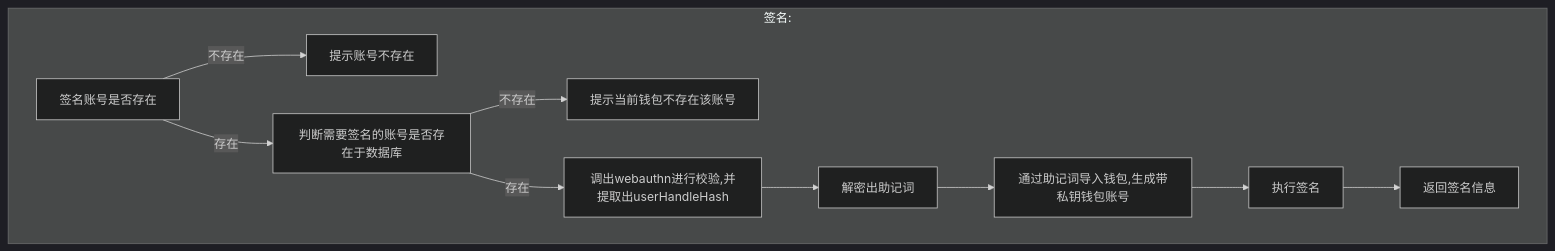
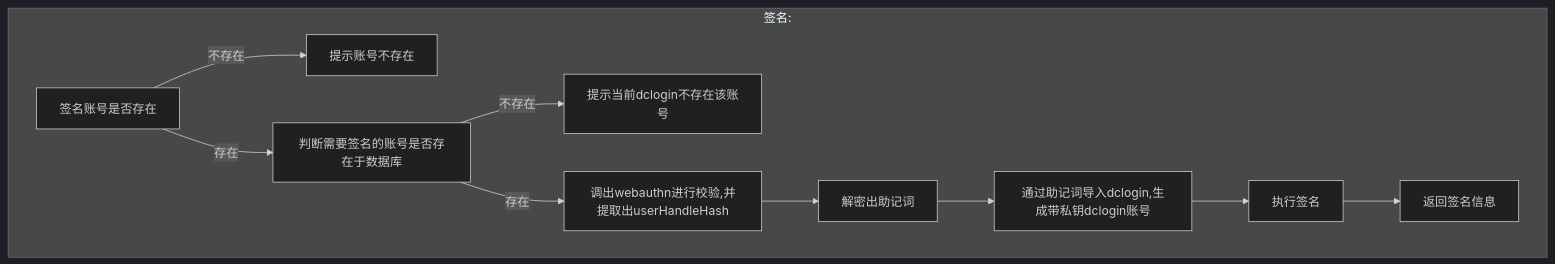
The third of 4 diagrams in wallet.md (dcnetio/dclogin), drawn with Mermaid (dark theme) before and after one commit. The commit also changed other lines of this file and 10 other files, not shown here.

````diff
--- a/wallet.md
+++ b/wallet.md
@@ -59,9 +62,9 @@
 ```mermaid
 graph TD
 subgraph 签名:
 签名账号是否存在 -- 不存在 --> 提示账号不存在
 签名账号是否存在 -- 存在 --> 判断需要签名的账号是否存在于数据库
-判断需要签名的账号是否存在于数据库 -- 不存在 --> 提示当前钱包不存在该账号
-判断需要签名的账号是否存在于数据库 -- 存在 --> 调出webauthn进行校验,并提取出userHandleHash --> 解密出助记词 --> 通过助记词导入钱包,生成带私钥钱包账号 --> 执行签名 --> 返回签名信息
+判断需要签名的账号是否存在于数据库 -- 不存在 --> 提示当前dclogin不存在该账号
+判断需要签名的账号是否存在于数据库 -- 存在 --> 调出webauthn进行校验,并提取出userHandleHash --> 解密出助记词 --> 通过助记词导入dclogin,生成带私钥dclogin账号 --> 执行签名 --> 返回签名信息
 end
 ```
````
